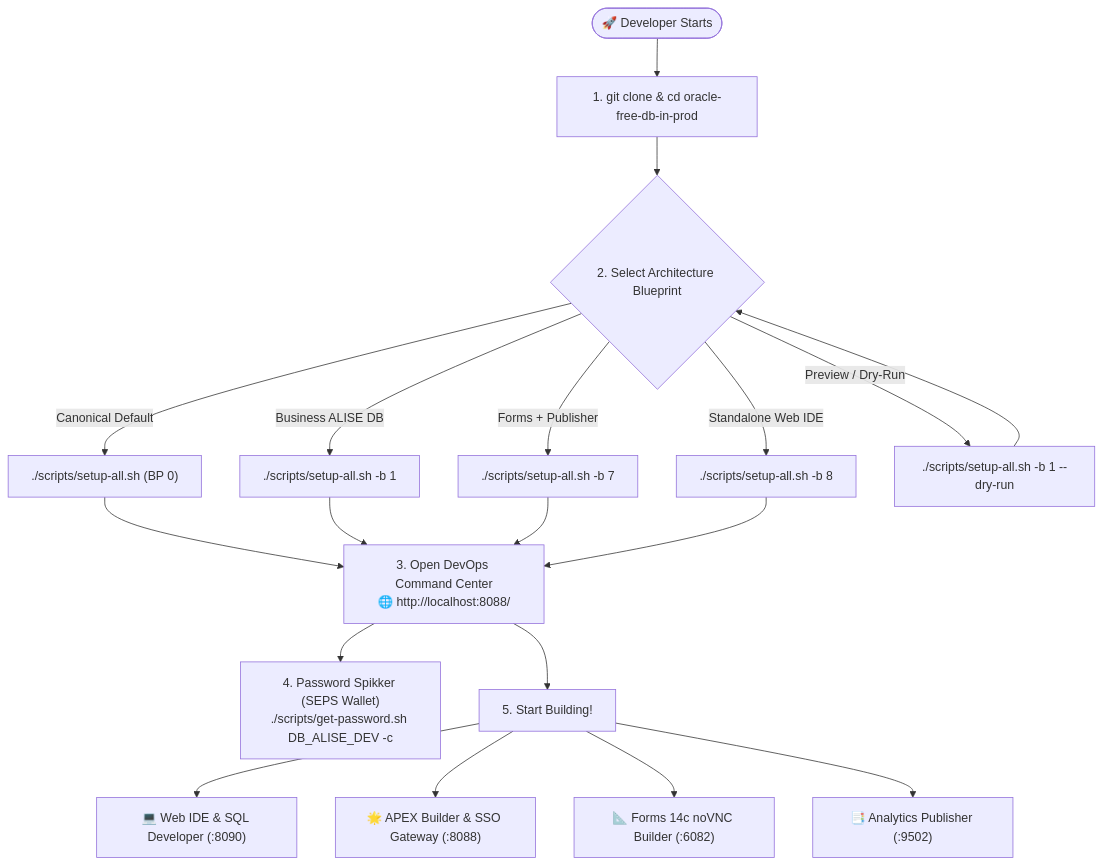
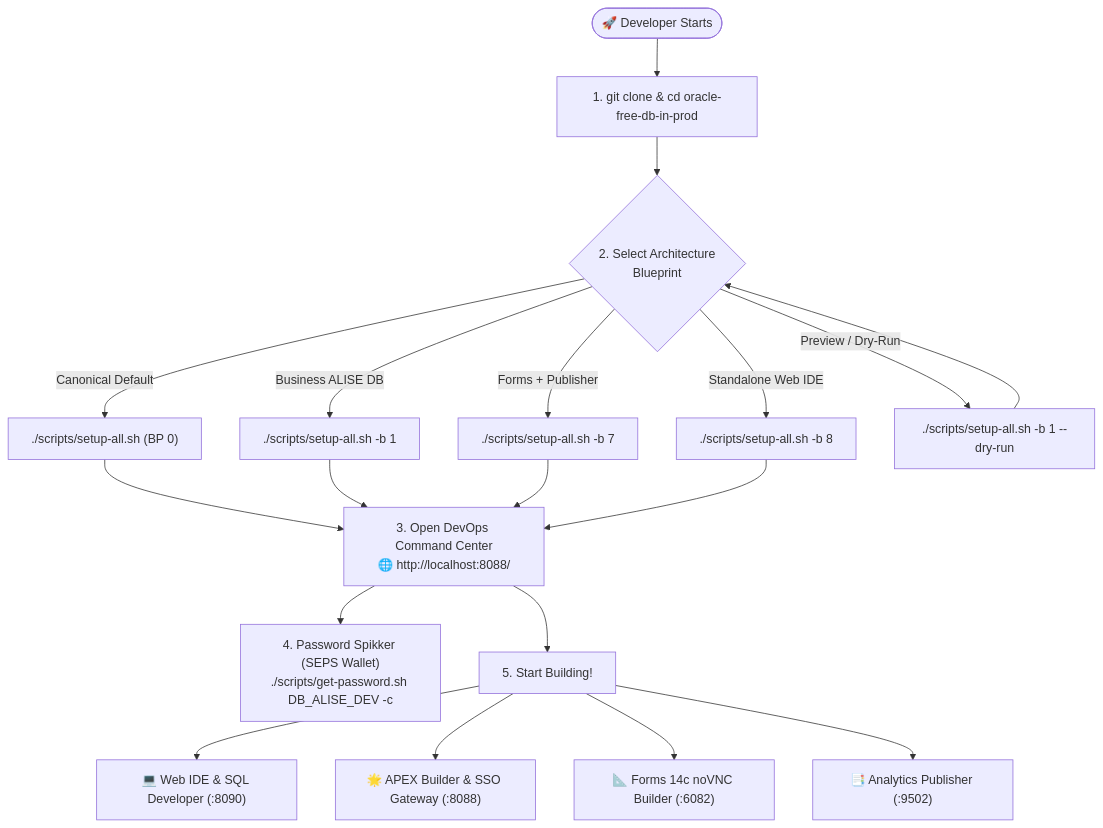
One commit to alahe/oracle-devops-platform changed the first of 2 diagrams in README.md. Above: the diagram before and after it, drawn with Mermaid. The commit also changed other lines of this file and 412 other files, not shown here.

````diff
--- a/README.md
+++ b/README.md
@@ -43,25 +43,25 @@
 ```mermaid
 flowchart TD
     Start(["🚀 Developer Starts"]) --> Clone["1. git clone & cd oracle-free-db-in-prod"]
-    Clone --> ChooseBP{"2. Select Architecture Blueprint"}
+    Clone --> ChooseBP{"2. Select Architecture<br/>Blueprint"}
     
     ChooseBP -->|Canonical Default| BP0["./scripts/setup-all.sh (BP 0)"]
     ChooseBP -->|Business ALISE DB| BP1["./scripts/setup-all.sh -b 1"]
     ChooseBP -->|Forms + Publisher| BP7["./scripts/setup-all.sh -b 7"]
     ChooseBP -->|Standalone Web IDE| BP8["./scripts/setup-all.sh -b 8"]
     ChooseBP -->|Preview / Dry-Run| BPDry["./scripts/setup-all.sh -b 1 --dry-run"]
     
     BP0 --> DevHub["3. Open DevOps Command Center<br/>🌐 http://localhost:8088/"]
     BP1 --> DevHub
     BP7 --> DevHub
     BP8 --> DevHub
     BPDry --> ChooseBP
     
     DevHub --> PwdSpikker["4. Password Spikker (SEPS Wallet)<br/>./scripts/get-password.sh DB_ALISE_DEV -c"]
     
     DevHub --> DevWork["5. Start Building!"]
     DevWork --> WorkIDE["💻 Web IDE & SQL Developer (:8090)"]
     DevWork --> WorkAPEX["🌟 APEX Builder & SSO Gateway (:8088)"]
     DevWork --> WorkForms["📐 Forms 14c noVNC Builder (:6082)"]
     DevWork --> WorkPub["📑 Analytics Publisher (:9502)"]
 ```
````
